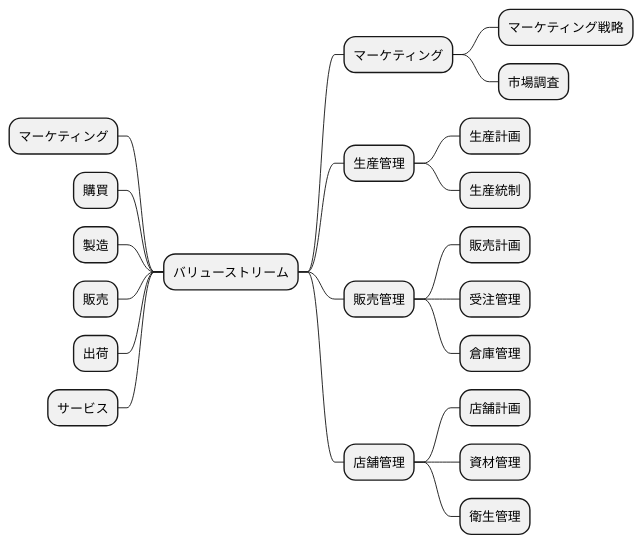
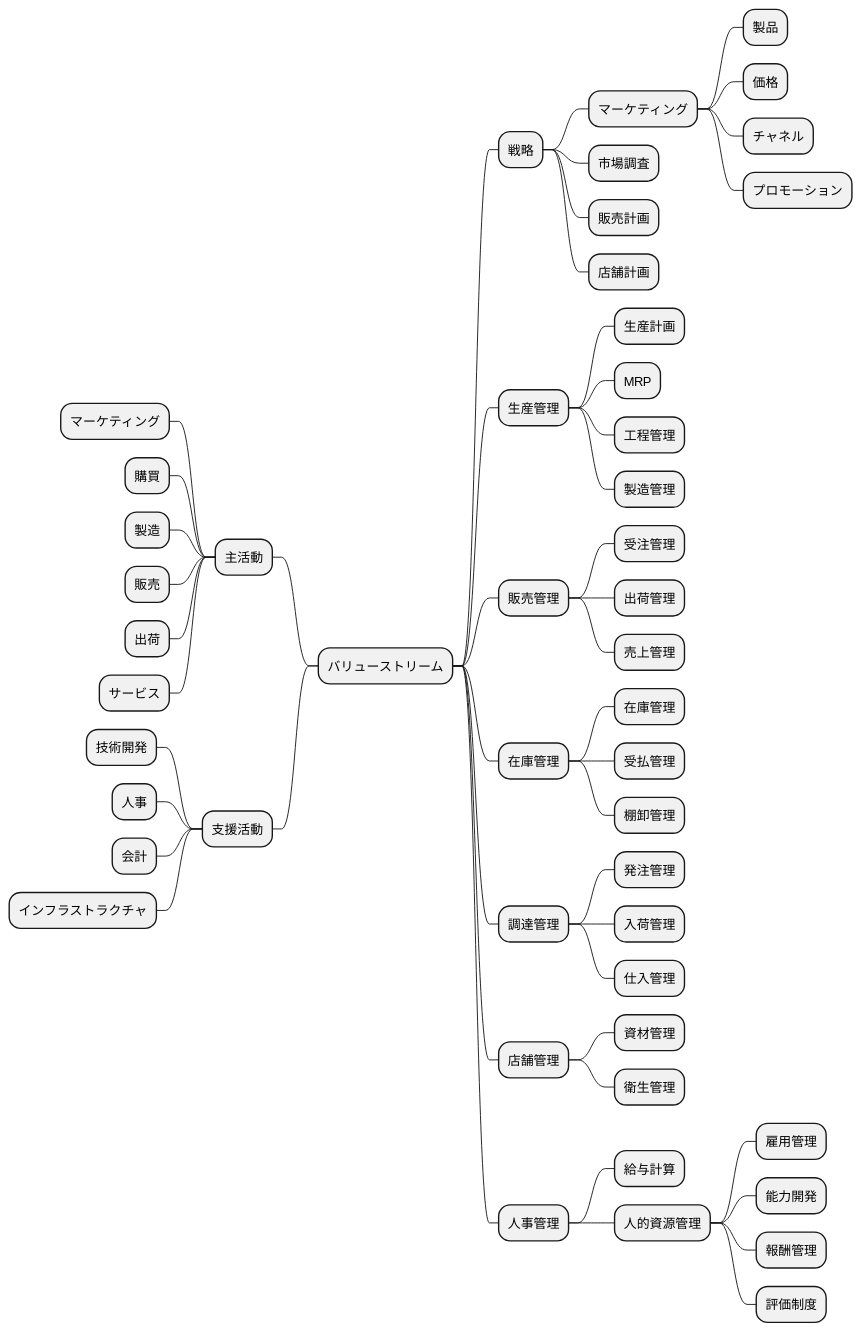
Diagram 12 of 19 in docs/case/r0X_case_X.adoc (k2works/case-sutudy-business-analysis), drawn with PlantUML before and after one commit. The commit also changed other lines of this file, not shown here.

```diff
--- a/docs/case/r0X_case_X.adoc
+++ b/docs/case/r0X_case_X.adoc
@@ -235,30 +235,59 @@
 [plantuml]
 ----
 @startmindmap
 
 * バリューストリーム
 left side
-** マーケティング
-** 購買
-** 製造
-** 販売
-** 出荷
-** サービス
+** 主活動
+*** マーケティング
+*** 購買
+*** 製造
+*** 販売
+*** 出荷
+*** サービス
+** 支援活動
+*** 技術開発
+*** 人事
+*** 会計
+*** インフラストラクチャ
 right side
-** マーケティング
-*** マーケティング戦略
+** 戦略
+*** マーケティング
+**** 製品
+**** 価格
+**** チャネル
+**** プロモーション
 *** 市場調査
+*** 販売計画
+*** 店舗計画
 ** 生産管理
 *** 生産計画
-*** 生産統制
+*** MRP
+*** 工程管理
+*** 製造管理
 ** 販売管理
-*** 販売計画
 *** 受注管理
-*** 倉庫管理
+*** 出荷管理
+*** 売上管理
+** 在庫管理
+*** 在庫管理
+*** 受払管理
+*** 棚卸管理
+** 調達管理
+*** 発注管理
+*** 入荷管理
+*** 仕入管理
 ** 店舗管理
-*** 店舗計画
 *** 資材管理
 *** 衛生管理
+** 人事管理
+*** 給与計算
+*** 人的資源管理
+**** 雇用管理
+**** 能力開発
+**** 報酬管理
+**** 評価制度
+
 
 @endmindmap
 ----
```
